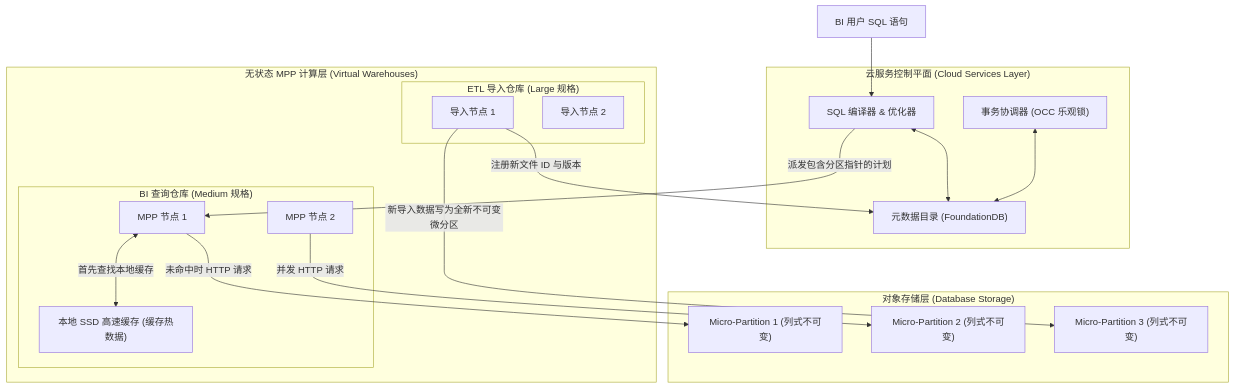
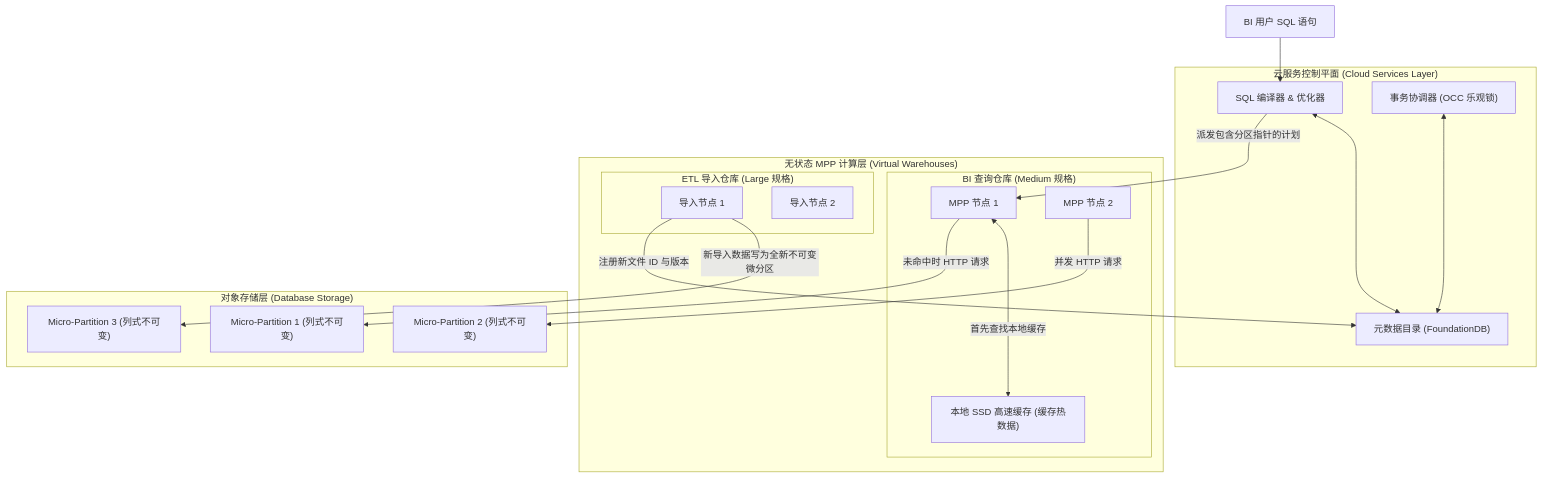
One commit to koosai/AI-Architect-Learning changed the fourth of 7 diagrams in docs/atlas/snowflake.mdx. Above: the diagram before and after it, drawn with Mermaid. The commit also changed other lines of this file and 68 other files, not shown here.

Commit message:
fix(atlas): fix browser client-side Mermaid rendering for mindmaps and flowcharts across 67 case studies

````diff
--- a/docs/atlas/snowflake.mdx
+++ b/docs/atlas/snowflake.mdx
@@ -123,40 +123,40 @@
 ```mermaid
 graph TB
   subgraph ControlPlane["云服务控制平面 (Cloud Services Layer)"]
     SqlParser["SQL 编译器 & 优化器"]
     MetadataCatalog["元数据目录 (FoundationDB)"]
     TxManager["事务协调器 (OCC 乐观锁)"]
   end
 
   subgraph ComputeLayer["无状态 MPP 计算层 (Virtual Warehouses)"]
     subgraph VW_BI["BI 查询仓库 (Medium 规格)"]
       ExecutorNode1["MPP 节点 1"]
       ExecutorNode2["MPP 节点 2"]
       LocalSSD1["本地 SSD 高速缓存 (缓存热数据)"]
     end
     
     subgraph VW_ETL["ETL 导入仓库 (Large 规格)"]
       EtlNode1["导入节点 1"]
       EtlNode2["导入节点 2"]
     end
   end
 
   subgraph StorageLayer["对象存储层 (Database Storage)"]
     Partition1["Micro-Partition 1 (列式不可变)"]
     Partition2["Micro-Partition 2 (列式不可变)"]
     Partition3["Micro-Partition 3 (列式不可变)"]
   end
 
   UserRequest["BI 用户 SQL 语句"] --> SqlParser
-  SqlParser <--> MetadataCatalog
-  TxManager <--> MetadataCatalog
+  SqlParser <---> MetadataCatalog
+  TxManager <---> MetadataCatalog
 
   SqlParser -->|派发包含分区指针的计划| ExecutorNode1
-  ExecutorNode1 <-->|首先查找本地缓存| LocalSSD1
+  ExecutorNode1 <--->|首先查找本地缓存| LocalSSD1
   
   ExecutorNode1 -->|未命中时 HTTP 请求| Partition1
   ExecutorNode2 -->|并发 HTTP 请求| Partition2
   
   EtlNode1 -->|新导入数据写为全新不可变微分区| Partition3
   EtlNode1 -->|注册新文件 ID 与版本| MetadataCatalog
 ```
````
